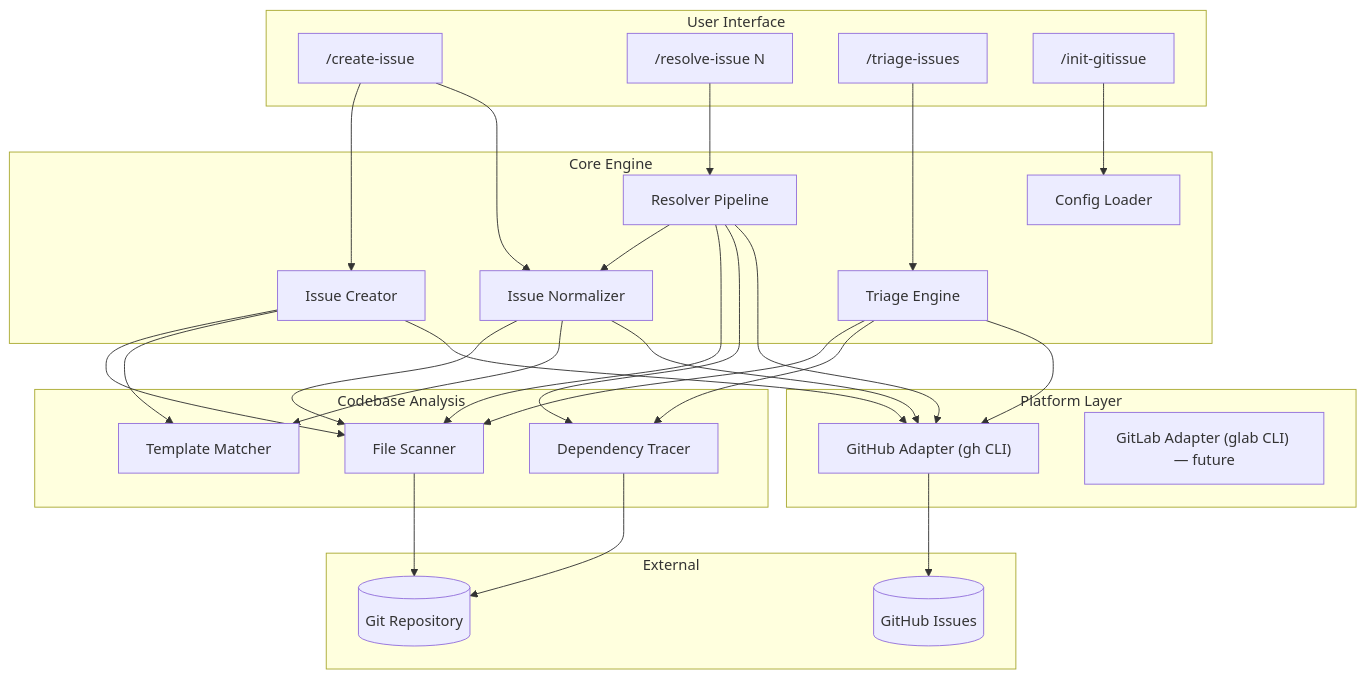
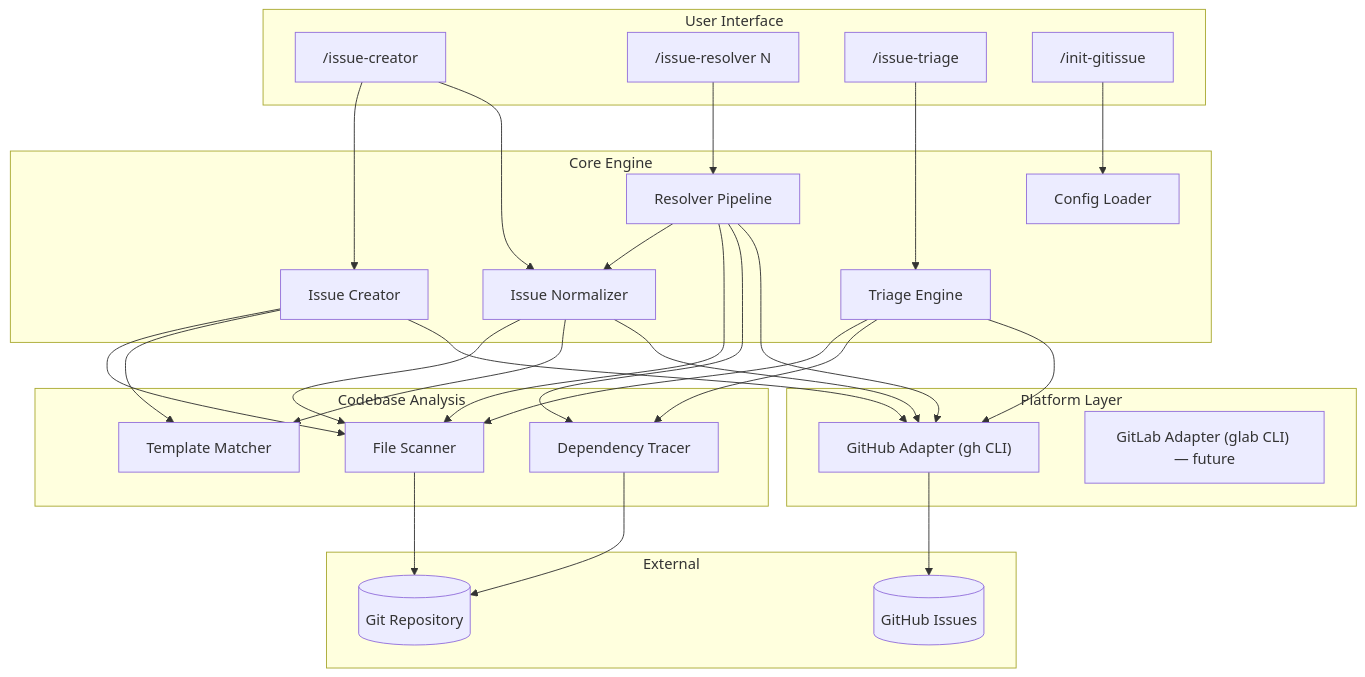
One commit to luongnv89/idd changed the fifth of 5 diagrams in prd.md. Above: the diagram before and after it, drawn with Mermaid. The commit also changed other lines of this file and 17 other files, not shown here.

````diff
--- a/prd.md
+++ b/prd.md
@@ -509,58 +509,58 @@
 ```mermaid
 graph TB
     subgraph "User Interface"
-        A["/create-issue"]
-        B["/resolve-issue N"]
-        C["/triage-issues"]
+        A["/issue-creator"]
+        B["/issue-resolver N"]
+        C["/issue-triage"]
         D["/init-gitissue"]
     end
 
     subgraph "Core Engine"
         E[Issue Creator]
         F[Issue Normalizer]
         G[Resolver Pipeline]
         H[Triage Engine]
         I[Config Loader]
     end
 
     subgraph "Codebase Analysis"
         J[File Scanner]
         K[Dependency Tracer]
         L[Template Matcher]
     end
 
     subgraph "Platform Layer"
         M["GitHub Adapter (gh CLI)"]
         N["GitLab Adapter (glab CLI) — future"]
     end
 
     subgraph "External"
         O[("GitHub Issues")]
         P[("Git Repository")]
     end
 
     A --> E
     A --> F
     B --> G
     C --> H
     D --> I
 
     E --> J
     E --> L
     F --> J
     F --> L
     G --> F
     G --> J
     G --> K
     H --> J
     H --> K
 
     E --> M
     F --> M
     G --> M
     H --> M
 
     M --> O
     J --> P
     K --> P
 ```
````
